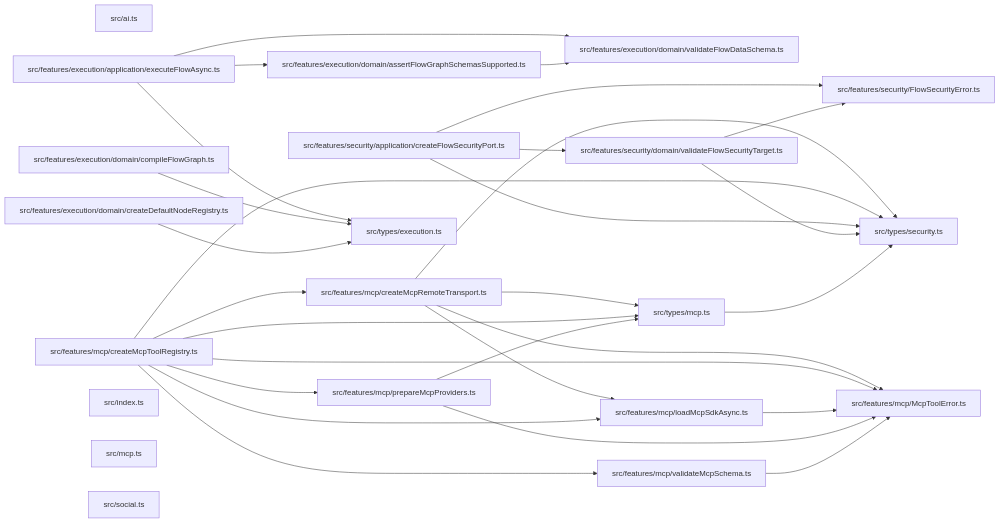
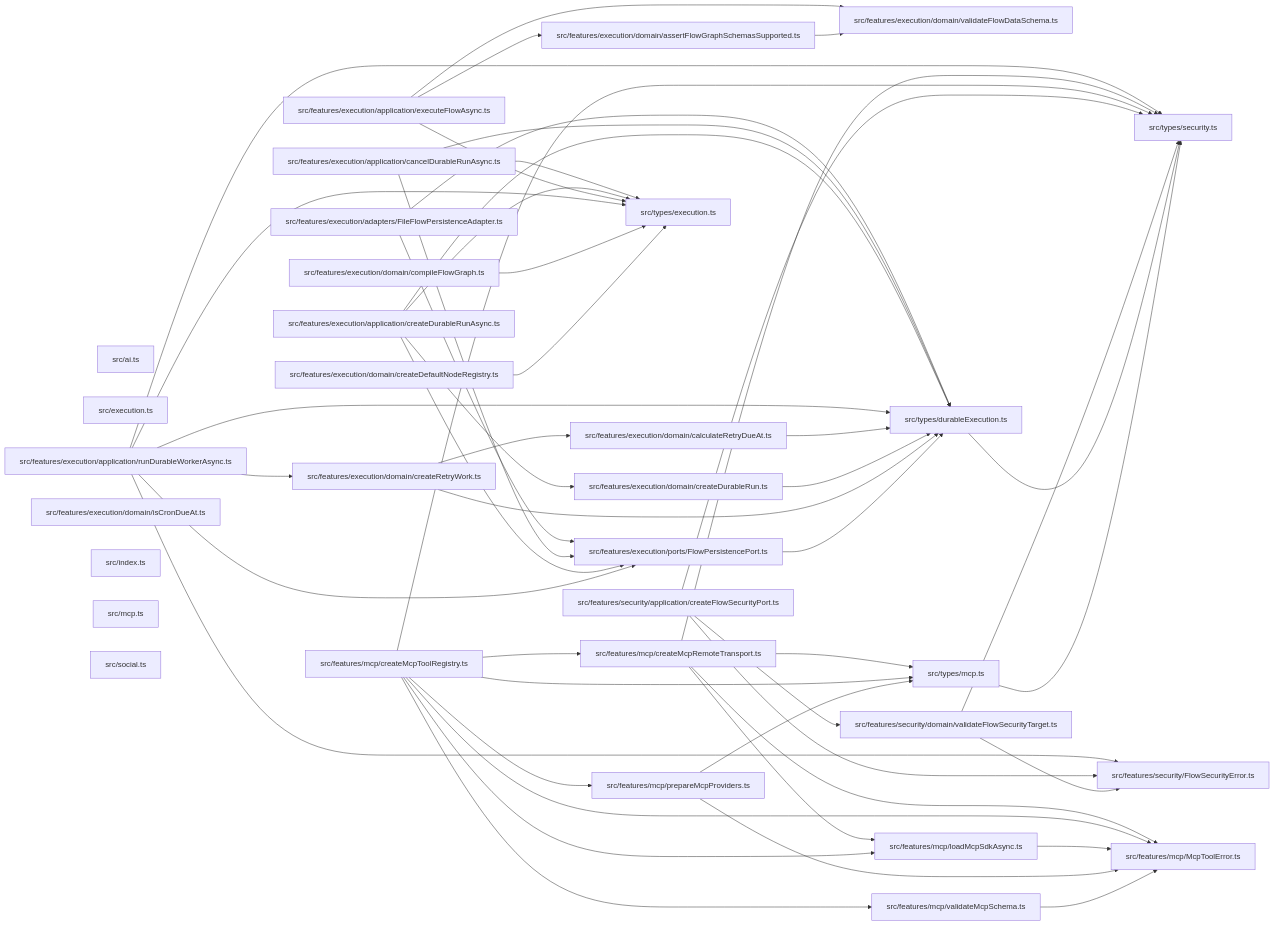
The diagram in paradox/diagrams/module-relationships.mmd (ankhorage/flow), drawn with Mermaid before and after one commit. The commit also changed 14 other files, not shown here.

```diff
--- a/paradox/diagrams/module-relationships.mmd
+++ b/paradox/diagrams/module-relationships.mmd
@@ -1,49 +1,81 @@
 graph LR
   module_src_ai_ts["src/ai.ts"]
+  module_src_execution_ts["src/execution.ts"]
+  module_src_features_execution_adapters_FileFlowPersistenceAdapter_ts["src/features/execution/adapters/FileFlowPersistenceAdapter.ts"]
+  module_src_features_execution_application_cancelDurableRunAsync_ts["src/features/execution/application/cancelDurableRunAsync.ts"]
+  module_src_features_execution_application_createDurableRunAsync_ts["src/features/execution/application/createDurableRunAsync.ts"]
   module_src_features_execution_application_executeFlowAsync_ts["src/features/execution/application/executeFlowAsync.ts"]
+  module_src_features_execution_application_runDurableWorkerAsync_ts["src/features/execution/application/runDurableWorkerAsync.ts"]
   module_src_features_execution_domain_assertFlowGraphSchemasSupported_ts["src/features/execution/domain/assertFlowGraphSchemasSupported.ts"]
+  module_src_features_execution_domain_calculateRetryDueAt_ts["src/features/execution/domain/calculateRetryDueAt.ts"]
   module_src_features_execution_domain_compileFlowGraph_ts["src/features/execution/domain/compileFlowGraph.ts"]
   module_src_features_execution_domain_createDefaultNodeRegistry_ts["src/features/execution/domain/createDefaultNodeRegistry.ts"]
+  module_src_features_execution_domain_createDurableRun_ts["src/features/execution/domain/createDurableRun.ts"]
+  module_src_features_execution_domain_createRetryWork_ts["src/features/execution/domain/createRetryWork.ts"]
+  module_src_features_execution_domain_isCronDueAt_ts["src/features/execution/domain/isCronDueAt.ts"]
   module_src_features_execution_domain_validateFlowDataSchema_ts["src/features/execution/domain/validateFlowDataSchema.ts"]
+  module_src_features_execution_ports_FlowPersistencePort_ts["src/features/execution/ports/FlowPersistencePort.ts"]
   module_src_features_mcp_createMcpRemoteTransport_ts["src/features/mcp/createMcpRemoteTransport.ts"]
   module_src_features_mcp_createMcpToolRegistry_ts["src/features/mcp/createMcpToolRegistry.ts"]
   module_src_features_mcp_loadMcpSdkAsync_ts["src/features/mcp/loadMcpSdkAsync.ts"]
   module_src_features_mcp_McpToolError_ts["src/features/mcp/McpToolError.ts"]
   module_src_features_mcp_prepareMcpProviders_ts["src/features/mcp/prepareMcpProviders.ts"]
   module_src_features_mcp_validateMcpSchema_ts["src/features/mcp/validateMcpSchema.ts"]
   module_src_features_security_application_createFlowSecurityPort_ts["src/features/security/application/createFlowSecurityPort.ts"]
   module_src_features_security_domain_validateFlowSecurityTarget_ts["src/features/security/domain/validateFlowSecurityTarget.ts"]
   module_src_features_security_FlowSecurityError_ts["src/features/security/FlowSecurityError.ts"]
   module_src_index_ts["src/index.ts"]
   module_src_mcp_ts["src/mcp.ts"]
   module_src_social_ts["src/social.ts"]
+  module_src_types_durableExecution_ts["src/types/durableExecution.ts"]
   module_src_types_execution_ts["src/types/execution.ts"]
   module_src_types_mcp_ts["src/types/mcp.ts"]
   module_src_types_security_ts["src/types/security.ts"]
+  module_src_features_execution_adapters_FileFlowPersistenceAdapter_ts --> module_src_features_execution_ports_FlowPersistencePort_ts
+  module_src_features_execution_adapters_FileFlowPersistenceAdapter_ts --> module_src_types_durableExecution_ts
+  module_src_features_execution_application_cancelDurableRunAsync_ts --> module_src_features_execution_ports_FlowPersistencePort_ts
+  module_src_features_execution_application_cancelDurableRunAsync_ts --> module_src_types_durableExecution_ts
+  module_src_features_execution_application_cancelDurableRunAsync_ts --> module_src_types_execution_ts
+  module_src_features_execution_application_createDurableRunAsync_ts --> module_src_features_execution_domain_createDurableRun_ts
+  module_src_features_execution_application_createDurableRunAsync_ts --> module_src_features_execution_ports_FlowPersistencePort_ts
+  module_src_features_execution_application_createDurableRunAsync_ts --> module_src_types_durableExecution_ts
+  module_src_features_execution_application_createDurableRunAsync_ts --> module_src_types_execution_ts
   module_src_features_execution_application_executeFlowAsync_ts --> module_src_features_execution_domain_assertFlowGraphSchemasSupported_ts
   module_src_features_execution_application_executeFlowAsync_ts --> module_src_features_execution_domain_validateFlowDataSchema_ts
   module_src_features_execution_application_executeFlowAsync_ts --> module_src_types_execution_ts
+  module_src_features_execution_application_runDurableWorkerAsync_ts --> module_src_features_execution_domain_createRetryWork_ts
+  module_src_features_execution_application_runDurableWorkerAsync_ts --> module_src_features_execution_ports_FlowPersistencePort_ts
+  module_src_features_execution_application_runDurableWorkerAsync_ts --> module_src_features_security_FlowSecurityError_ts
+  module_src_features_execution_application_runDurableWorkerAsync_ts --> module_src_types_durableExecution_ts
+  module_src_features_execution_application_runDurableWorkerAsync_ts --> module_src_types_execution_ts
+  module_src_features_execution_application_runDurableWorkerAsync_ts --> module_src_types_security_ts
   module_src_features_execution_domain_assertFlowGraphSchemasSupported_ts --> module_src_features_execution_domain_validateFlowDataSchema_ts
+  module_src_features_execution_domain_calculateRetryDueAt_ts --> module_src_types_durableExecution_ts
   module_src_features_execution_domain_compileFlowGraph_ts --> module_src_types_execution_ts
   module_src_features_execution_domain_createDefaultNodeRegistry_ts --> module_src_types_execution_ts
+  module_src_features_execution_domain_createDurableRun_ts --> module_src_types_durableExecution_ts
+  module_src_features_execution_domain_createRetryWork_ts --> module_src_features_execution_domain_calculateRetryDueAt_ts
+  module_src_features_execution_domain_createRetryWork_ts --> module_src_types_durableExecution_ts
+  module_src_features_execution_ports_FlowPersistencePort_ts --> module_src_types_durableExecution_ts
   module_src_features_mcp_createMcpRemoteTransport_ts --> module_src_features_mcp_loadMcpSdkAsync_ts
   module_src_features_mcp_createMcpRemoteTransport_ts --> module_src_features_mcp_McpToolError_ts
   module_src_features_mcp_createMcpRemoteTransport_ts --> module_src_types_mcp_ts
   module_src_features_mcp_createMcpRemoteTransport_ts --> module_src_types_security_ts
   module_src_features_mcp_createMcpToolRegistry_ts --> module_src_features_mcp_createMcpRemoteTransport_ts
   module_src_features_mcp_createMcpToolRegistry_ts --> module_src_features_mcp_loadMcpSdkAsync_ts
   module_src_features_mcp_createMcpToolRegistry_ts --> module_src_features_mcp_McpToolError_ts
   module_src_features_mcp_createMcpToolRegistry_ts --> module_src_features_mcp_prepareMcpProviders_ts
   module_src_features_mcp_createMcpToolRegistry_ts --> module_src_features_mcp_validateMcpSchema_ts
   module_src_features_mcp_createMcpToolRegistry_ts --> module_src_types_mcp_ts
   module_src_features_mcp_createMcpToolRegistry_ts --> module_src_types_security_ts
   module_src_features_mcp_loadMcpSdkAsync_ts --> module_src_features_mcp_McpToolError_ts
   module_src_features_mcp_prepareMcpProviders_ts --> module_src_features_mcp_McpToolError_ts
   module_src_features_mcp_prepareMcpProviders_ts --> module_src_types_mcp_ts
   module_src_features_mcp_validateMcpSchema_ts --> module_src_features_mcp_McpToolError_ts
   module_src_features_security_application_createFlowSecurityPort_ts --> module_src_features_security_domain_validateFlowSecurityTarget_ts
   module_src_features_security_application_createFlowSecurityPort_ts --> module_src_features_security_FlowSecurityError_ts
   module_src_features_security_application_createFlowSecurityPort_ts --> module_src_types_security_ts
   module_src_features_security_domain_validateFlowSecurityTarget_ts --> module_src_features_security_FlowSecurityError_ts
   module_src_features_security_domain_validateFlowSecurityTarget_ts --> module_src_types_security_ts
+  module_src_types_durableExecution_ts --> module_src_types_security_ts
   module_src_types_mcp_ts --> module_src_types_security_ts
```
